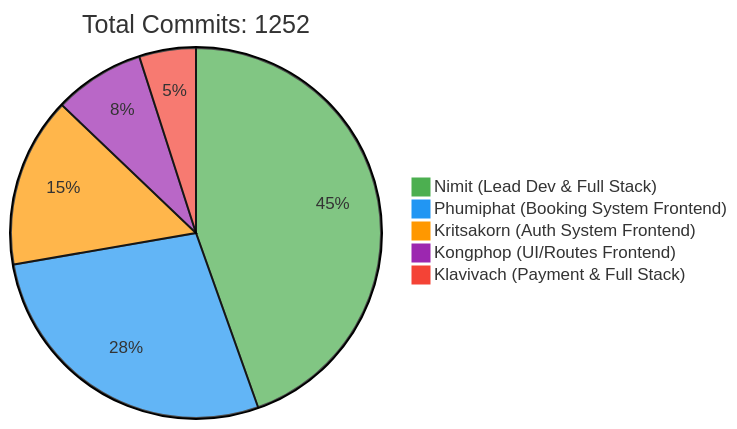
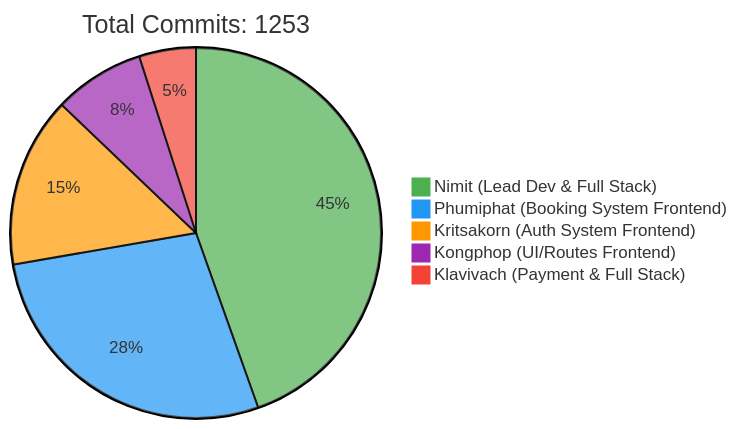
The first of 2 diagrams in README.md (6531503042/Sport-Complex), drawn with Mermaid before and after one commit. The commit also changed other lines of this file, not shown here.

Commit message:
docs: Update contributor statistics [skip ci]

````diff
--- a/README.md
+++ b/README.md
@@ -257,10 +257,10 @@
 ```mermaid
 %%{init: {'theme': 'base', 'themeVariables': { 'pie1': '#4CAF50', 'pie2': '#2196F3', 'pie3': '#FF9800', 'pie4': '#9C27B0', 'pie5': '#F44336'}}}%%
 pie
-    title Total Commits: 1252
+    title Total Commits: 1253
     "Nimit (Lead Dev & Full Stack)" : 450
     "Phumiphat (Booking System Frontend)" : 280
     "Kritsakorn (Auth System Frontend)" : 150
     "Kongphop (UI/Routes Frontend)" : 80
     "Klavivach (Payment & Full Stack)" : 50
 ```
````
